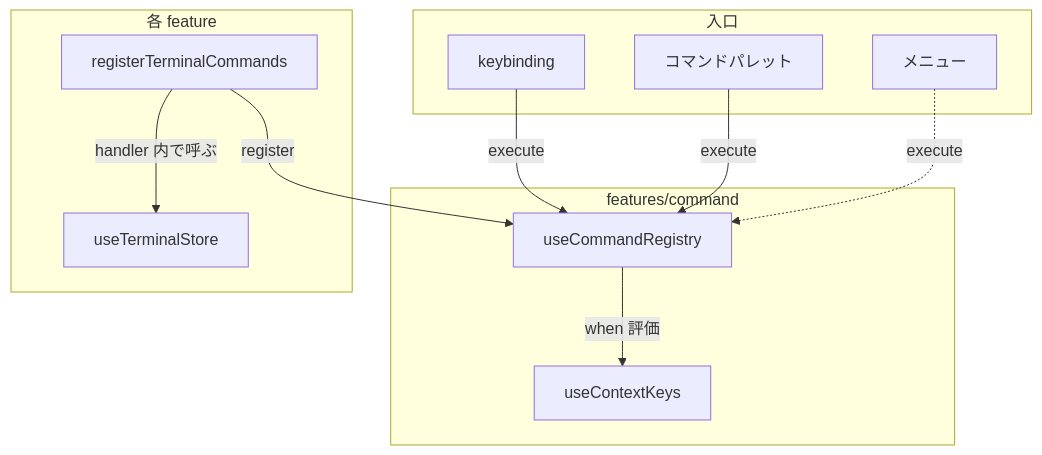
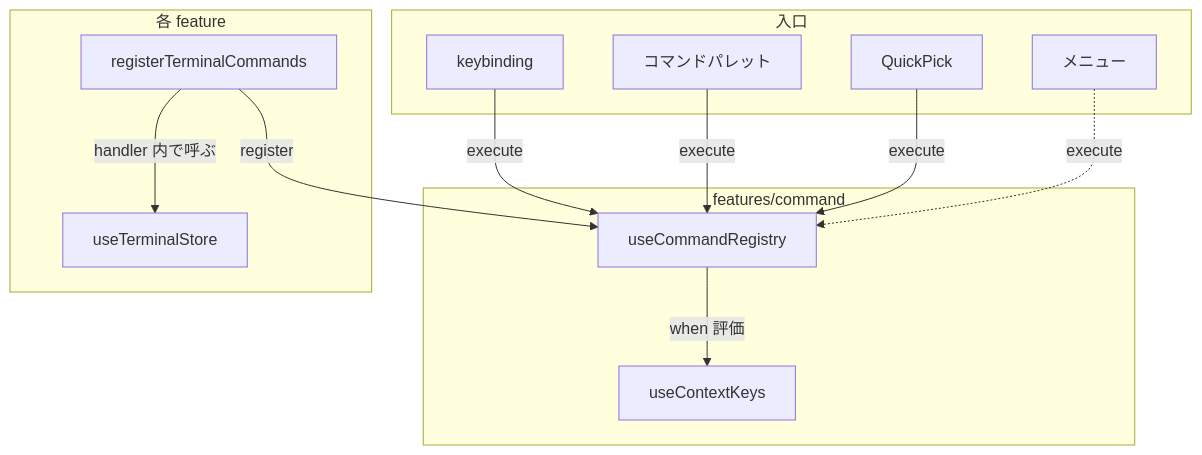
The diagram in docs/command.md (miyaoka/gozd), drawn with Mermaid before and after one commit. The commit also changed other lines of this file and 2 other files, not shown here.

Commit message:
docs: update terminal, command, and project docs for theme feature
- terminal.md: ファイル構成に registerThemeCommand.ts 追加、テーマ設定の記述を更新
- command.md: QuickPick を入口に追加、quickPickVisible context key を追加
- CLAUDE.md: ディレクトリ構成に shared/quick-pick/ と packages/themes/ を追加

````diff
--- a/docs/command.md
+++ b/docs/command.md
@@ -7,25 +7,27 @@
 ```mermaid
 flowchart TB
     subgraph entry [入口]
         KB[keybinding]
         CP[コマンドパレット]
+        QP[QuickPick]
         MENU[メニュー]
     end
 
     subgraph command [features/command]
         CR[useCommandRegistry]
         CK[useContextKeys]
     end
 
     subgraph feature [各 feature]
         RC[registerTerminalCommands]
         STORE[useTerminalStore]
     end
 
     KB -->|execute| CR
     CP -->|execute| CR
+    QP -->|execute| CR
     MENU -.->|execute| CR
     CR -->|when 評価| CK
     RC -->|register| CR
     RC -->|handler 内で呼ぶ| STORE
 ```
````
